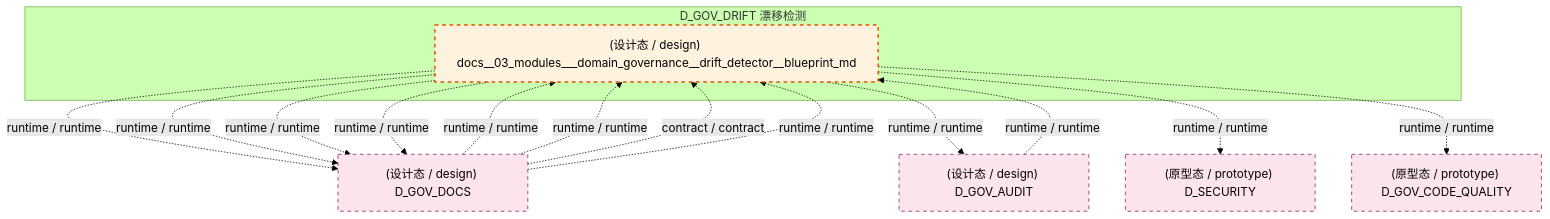
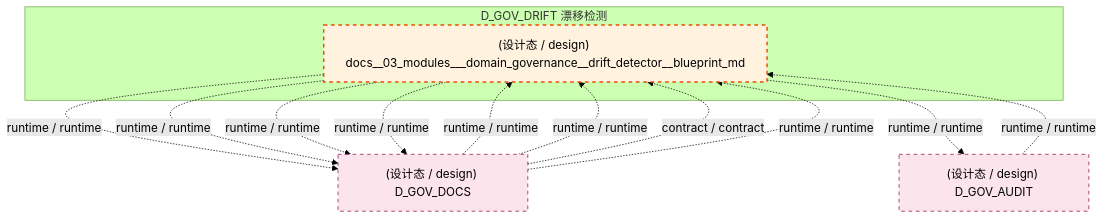
One commit to xuanFelixVan/ZephyrAlpha changed the fifth of 7 diagrams in docs/02_enterprise_architecture/02_domain_architecture_docs/41_d_gov_drift.md. Above: the diagram before and after it, drawn with Mermaid (forest theme). The commit also changed other lines of this file and 89 other files, not shown here.

````diff
--- a/docs/02_enterprise_architecture/02_domain_architecture_docs/41_d_gov_drift.md
+++ b/docs/02_enterprise_architecture/02_domain_architecture_docs/41_d_gov_drift.md
@@ -535,28 +534,24 @@
 ```mermaid
 graph TD
     subgraph D_GOV_DRIFT["D_GOV_DRIFT 漂移检测"]
         docs_03_modules_domain_governance_drift_detector_blueprint_md["(设计态 / design) docs__03_modules___domain_governance__drift_detector__blueprint_md"]
     end
     D_GOV_DOCS["(设计态 / design) D_GOV_DOCS"]
     docs_03_modules_domain_governance_drift_detector_blueprint_md -.->|runtime / runtime| D_GOV_DOCS
     docs_03_modules_domain_governance_drift_detector_blueprint_md -.->|runtime / runtime| D_GOV_DOCS
     D_GOV_AUDIT["(设计态 / design) D_GOV_AUDIT"]
     docs_03_modules_domain_governance_drift_detector_blueprint_md -.->|runtime / runtime| D_GOV_AUDIT
-    D_SECURITY["(原型态 / prototype) D_SECURITY"]
-    docs_03_modules_domain_governance_drift_detector_blueprint_md -.->|runtime / runtime| D_SECURITY
-    D_GOV_CODE_QUALITY["(原型态 / prototype) D_GOV_CODE_QUALITY"]
-    docs_03_modules_domain_governance_drift_detector_blueprint_md -.->|runtime / runtime| D_GOV_CODE_QUALITY
     docs_03_modules_domain_governance_drift_detector_blueprint_md -.->|runtime / runtime| D_GOV_DOCS
     docs_03_modules_domain_governance_drift_detector_blueprint_md -.->|runtime / runtime| D_GOV_DOCS
     D_GOV_AUDIT -.->|runtime / runtime| docs_03_modules_domain_governance_drift_detector_blueprint_md
     D_GOV_DOCS -.->|runtime / runtime| docs_03_modules_domain_governance_drift_detector_blueprint_md
     D_GOV_DOCS -.->|runtime / runtime| docs_03_modules_domain_governance_drift_detector_blueprint_md
     D_GOV_DOCS -.->|contract / contract| docs_03_modules_domain_governance_drift_detector_blueprint_md
     D_GOV_DOCS -.->|runtime / runtime| docs_03_modules_domain_governance_drift_detector_blueprint_md
     classDef production fill:#e1f5fe,stroke:#01579b,stroke-width:2px,color:#000
     classDef design fill:#fff3e0,stroke:#e65100,stroke-width:2px,color:#000,stroke-dasharray: 5 5
     classDef external_prod fill:#e8f5e9,stroke:#1b5e20,stroke-width:1px,color:#000
     classDef external_design fill:#fce4ec,stroke:#880e4f,stroke-width:1px,color:#000,stroke-dasharray: 5 5
     class docs_03_modules_domain_governance_drift_detector_blueprint_md design
-    class D_GOV_DOCS,D_GOV_AUDIT,D_SECURITY,D_GOV_CODE_QUALITY external_design
+    class D_GOV_DOCS,D_GOV_AUDIT external_design
 ```
````
